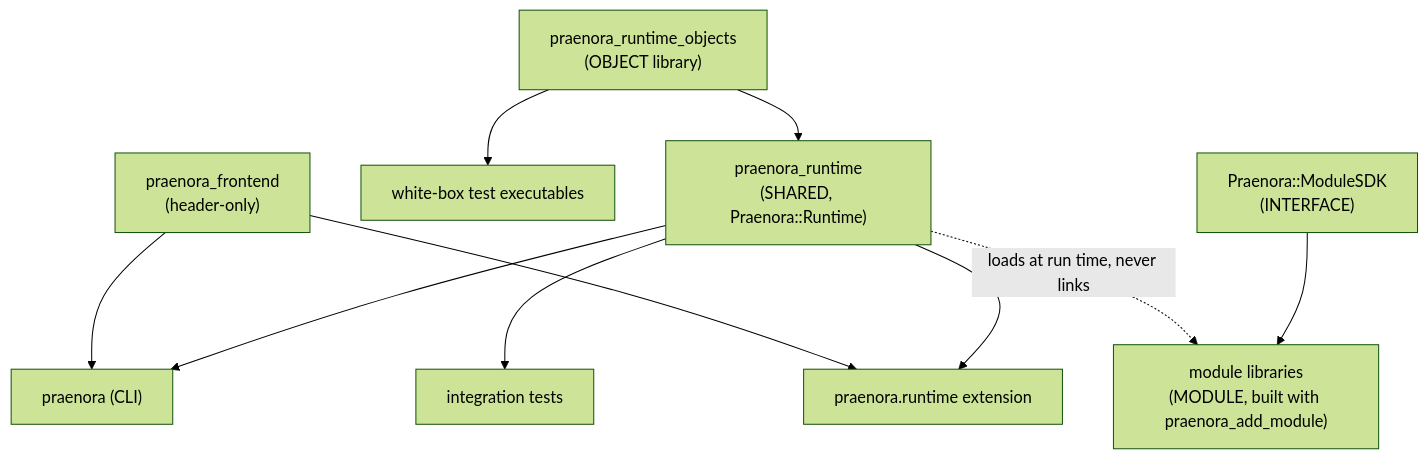
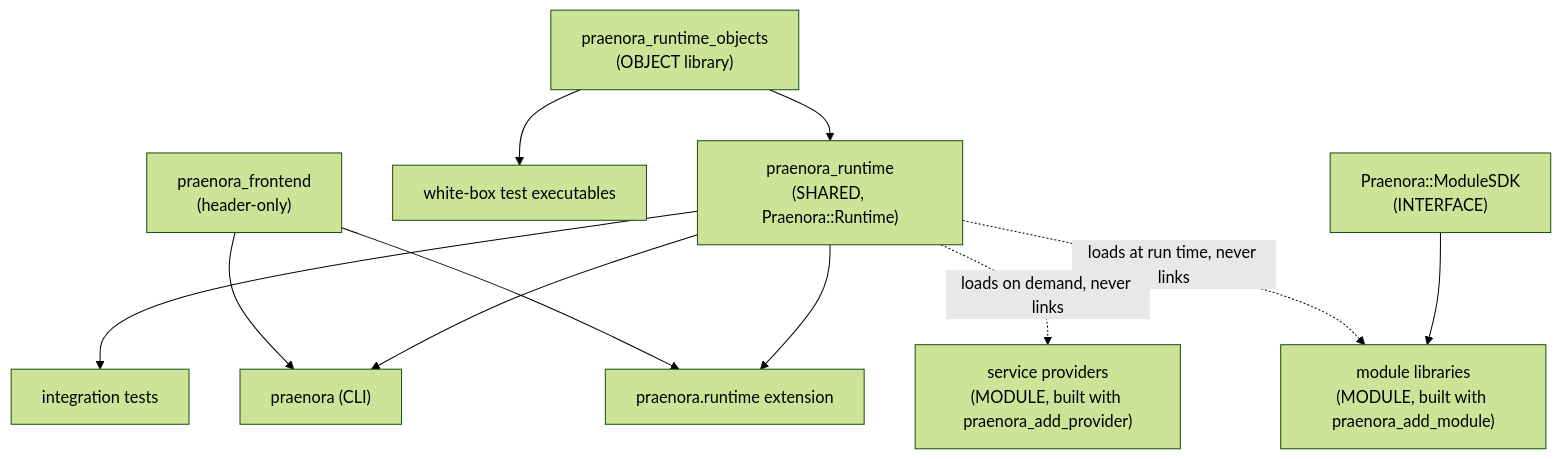
Before and after one commit to INFLECT-Praenora/praenora-runtime: the second of 5 diagrams in docs/architecture.md, drawn with Mermaid (forest theme). The commit also changed other lines of this file and 287 other files, not shown here.

````diff
--- a/docs/architecture.md
+++ b/docs/architecture.md
@@ -85,12 +96,13 @@
 ```mermaid
 flowchart TB
     objects["praenora_runtime_objects<br/>(OBJECT library)"] --> shared["praenora_runtime<br/>(SHARED, Praenora::Runtime)"]
     objects --> whitebox["white-box test executables"]
     shared --> cli["praenora (CLI)"]
     shared --> python["praenora.runtime extension"]
     shared --> blackbox["integration tests"]
     frontend["praenora_frontend<br/>(header-only)"] --> cli
     frontend --> python
     sdk["Praenora::ModuleSDK<br/>(INTERFACE)"] --> modules["module libraries<br/>(MODULE, built with praenora_add_module)"]
     shared -.->|"loads at run time, never links"| modules
+    shared -.->|"loads on demand, never links"| providers["service providers<br/>(MODULE, built with praenora_add_provider)"]
 ```
````
